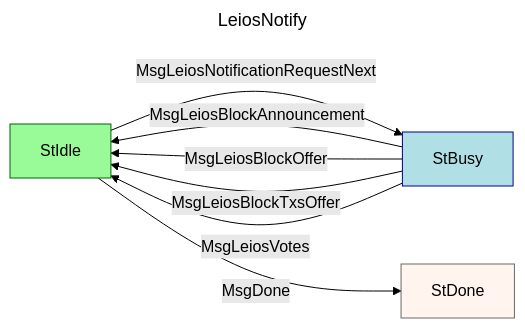
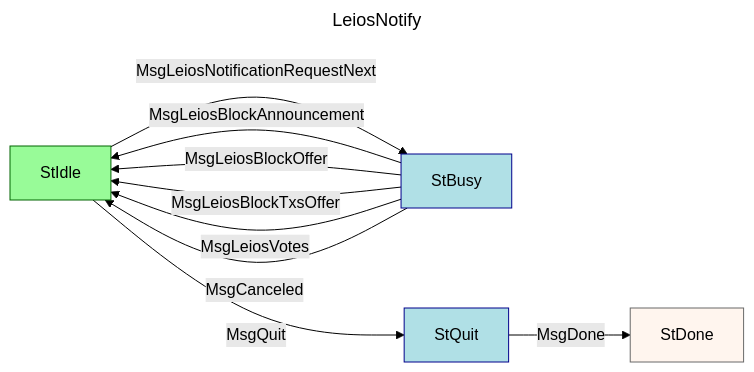
One commit to cardano-foundation/CIPs changed the first of 2 diagrams in CIP-0164/README.md. Above: the diagram before and after it, drawn with Mermaid (forest theme). The commit also changed other lines of this file, not shown here.

First line of the commit message:
CIP-0164: MsgQuit and MsgCanceled for LeiosNotify termination

````diff
--- a/CIP-0164/README.md
+++ b/CIP-0164/README.md
@@ -1399,17 +1399,19 @@
 ```mermaid
 ---
 title: LeiosNotify
 ---
 graph LR
    style StIdle fill:PaleGreen,stroke:DarkGreen;
    style StBusy fill:PowderBlue,stroke:DarkBlue;
+   style StQuit fill:PowderBlue,stroke:DarkBlue;
    style StDone fill:SeaShell,stroke:DimGray;
 
    StIdle -->|MsgLeiosNotificationRequestNext| StBusy
    StBusy -->|MsgLeiosBlockAnnouncement| StIdle
    StBusy -->|MsgLeiosBlockOffer| StIdle
    StBusy -->|MsgLeiosBlockTxsOffer| StIdle
    StBusy -->|MsgLeiosVotes| StIdle
+   StBusy -->|MsgCanceled| StIdle
 
-   StIdle -->|MsgDone| StDone
+   StIdle -->|MsgQuit| StQuit -->|MsgDone| StDone
 ```
````
